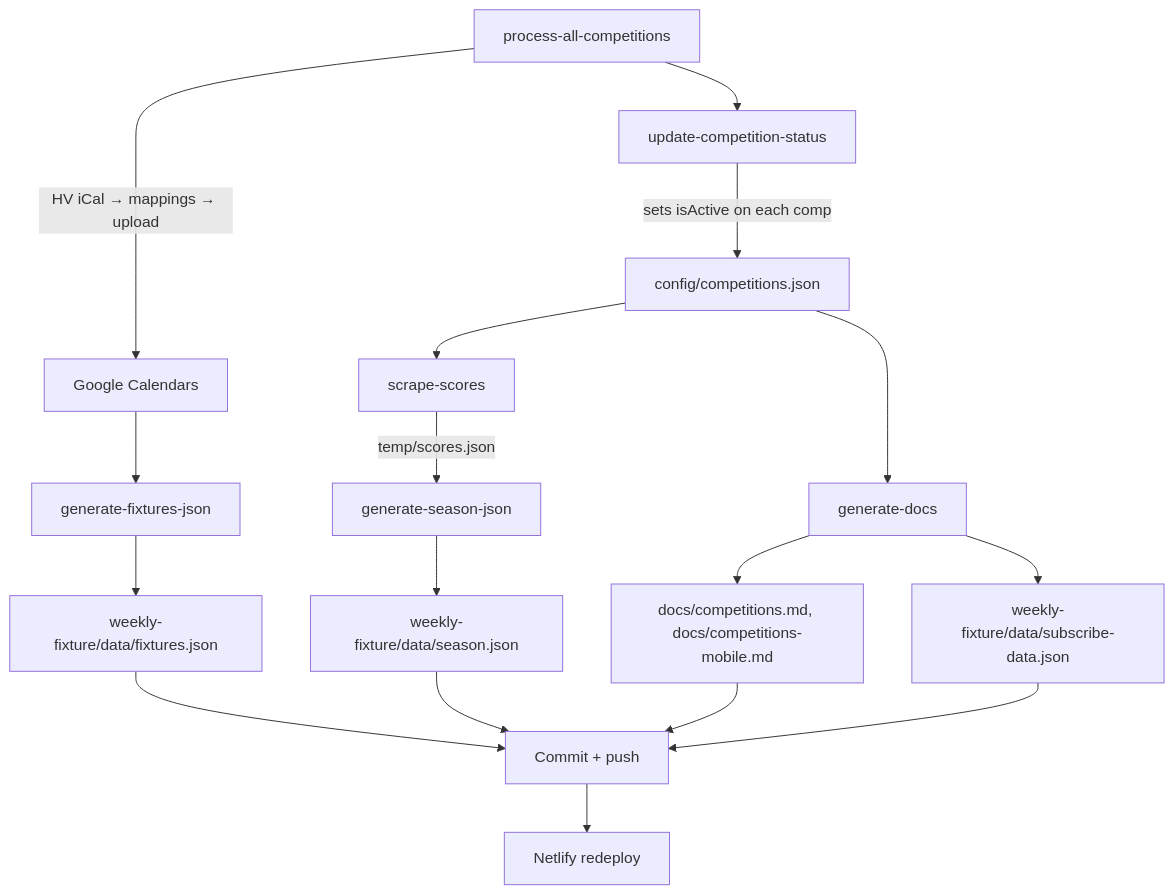
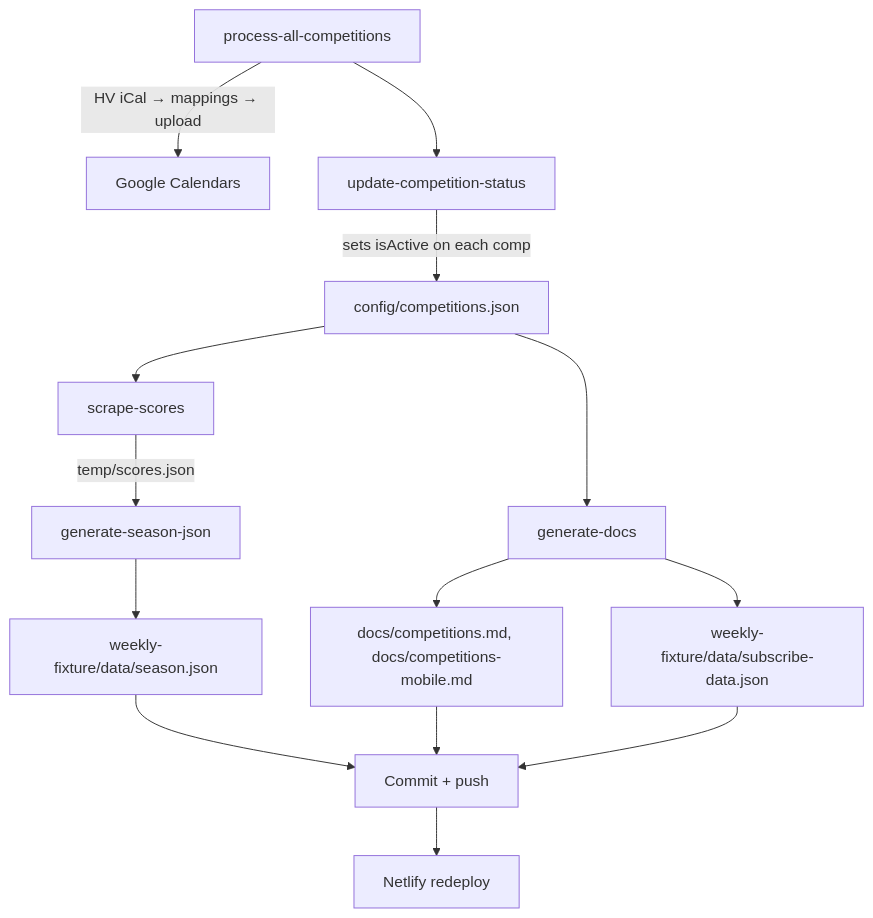
One commit to mawiseman/hockey-victoria-club-calendars changed the second of 2 diagrams in README.md. Above: the diagram before and after it, drawn with Mermaid. The commit also changed other lines of this file and 8 other files, not shown here.

````diff
--- a/README.md
+++ b/README.md
@@ -607,19 +606,16 @@
 ```mermaid
 graph TD
     A[process-all-competitions] -->|HV iCal → mappings → upload| B[Google Calendars]
     A --> C[update-competition-status]
     C -->|sets isActive on each comp| D[config/competitions.json]
     D --> E[scrape-scores]
     E -->|temp/scores.json| F[generate-season-json]
-    B --> G[generate-fixtures-json]
-    G --> H[weekly-fixture/data/fixtures.json]
     F --> I[weekly-fixture/data/season.json]
     D --> J[generate-docs]
     J --> K[docs/competitions.md, docs/competitions-mobile.md]
     J --> L[weekly-fixture/data/subscribe-data.json]
-    H --> M[Commit + push]
-    I --> M
+    I --> M[Commit + push]
     K --> M
     L --> M
     M --> N[Netlify redeploy]
 ```
````
